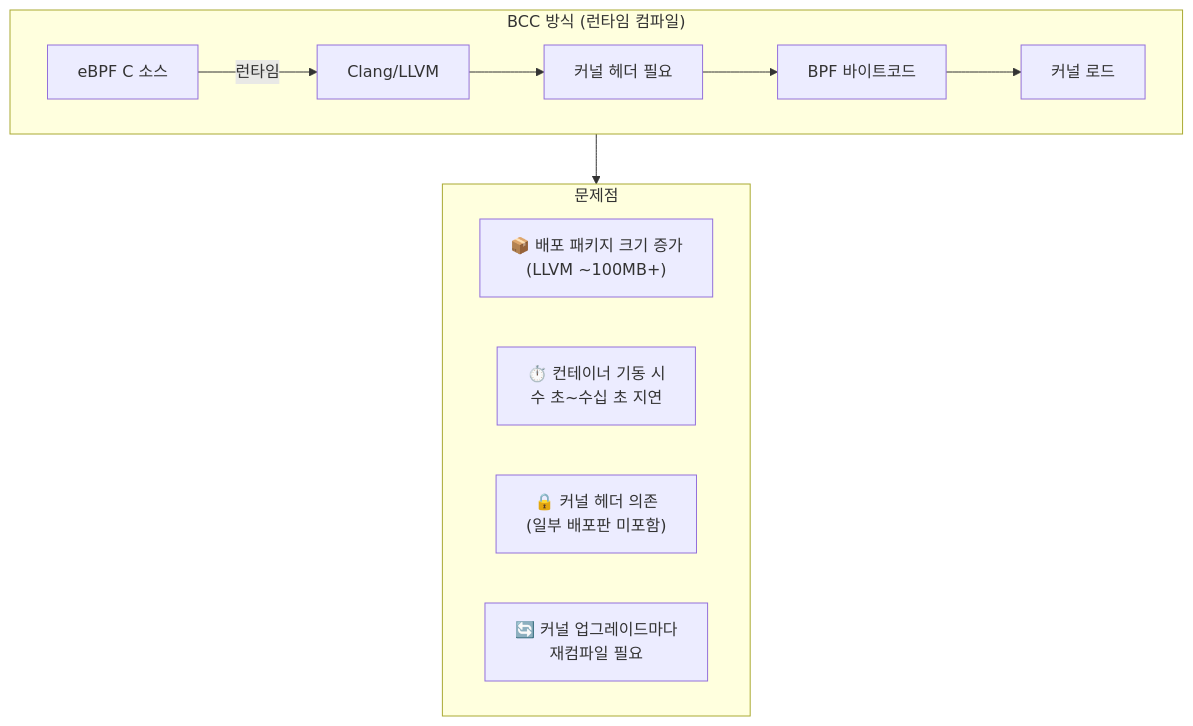
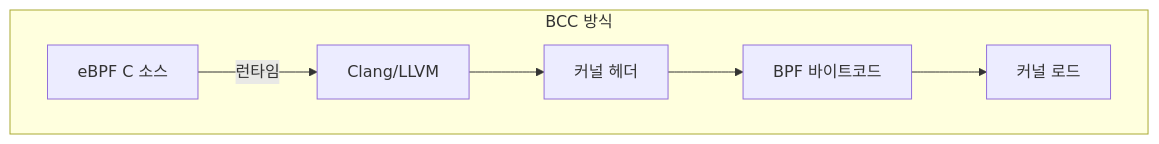
Before and after one commit to moonblueblue/devops-wiki: the first of 5 diagrams in content/linux/performance/bpf-co-re.md, drawn with Mermaid. The commit also changed other lines of this file and 12 other files, not shown here.

First line of the commit message:
style: linux 섹션 전체 ASCII art 제거 및 Mermaid 규칙 적용

````diff
--- a/content/linux/performance/bpf-co-re.md
+++ b/content/linux/performance/bpf-co-re.md
@@ -37,18 +37,9 @@
 ```mermaid
 flowchart TD
-    subgraph BCC["BCC 방식 (런타임 컴파일)"]
+    subgraph BCC["BCC 방식"]
         A[eBPF C 소스] -->|런타임| B[Clang/LLVM]
-        B --> C[커널 헤더 필요]
+        B --> C[커널 헤더]
         C --> D[BPF 바이트코드]
         D --> E[커널 로드]
     end
-
-    subgraph Problems["문제점"]
-        P1["📦 배포 패키지 크기 증가\n(LLVM ~100MB+)"]
-        P2["⏱️ 컨테이너 기동 시\n수 초~수십 초 지연"]
-        P3["🔒 커널 헤더 의존\n(일부 배포판 미포함)"]
-        P4["🔄 커널 업그레이드마다\n재컴파일 필요"]
-    end
-
-    BCC --> Problems
 ```
````
